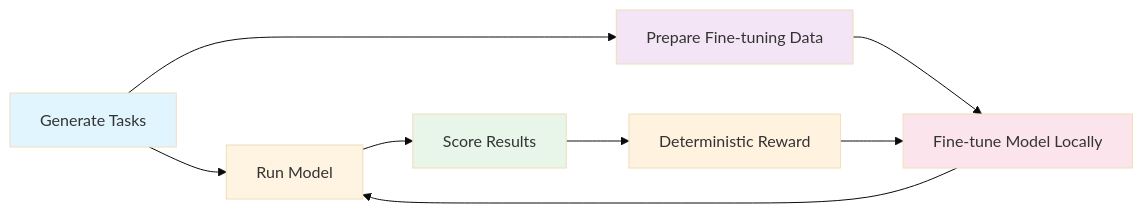
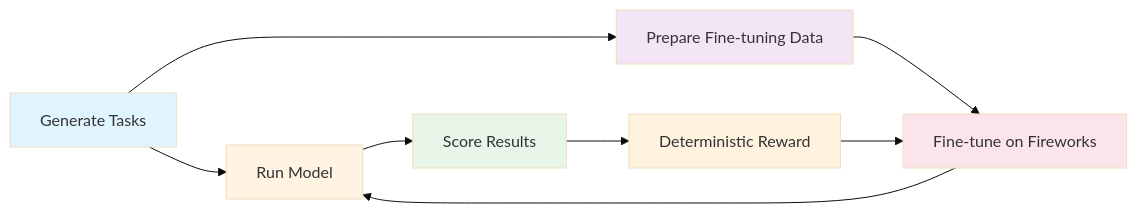
One commit to alsopgroup/lanemint-meta-hackathon changed the diagram in README.md. Above: the diagram before and after it, drawn with Mermaid (base theme). The commit also changed other lines of this file and 4 other files, not shown here.

````diff
--- a/README.md
+++ b/README.md
@@ -25,17 +25,17 @@
 ```mermaid
 graph LR
     A[Generate Tasks] --> B[Run Model]
     B --> C[Score Results]
     A --> D[Prepare Fine-tuning Data]
-    D --> E[Fine-tune Model Locally]
+    D --> E[Fine-tune on Fireworks]
     E --> B
     C --> F[Deterministic Reward]
     F --> E
     
     style A fill:#e1f5ff
     style B fill:#fff4e1
     style C fill:#e8f5e9
     style D fill:#f3e5f5
     style E fill:#fce4ec
     style F fill:#fff3e0
 ```
````
